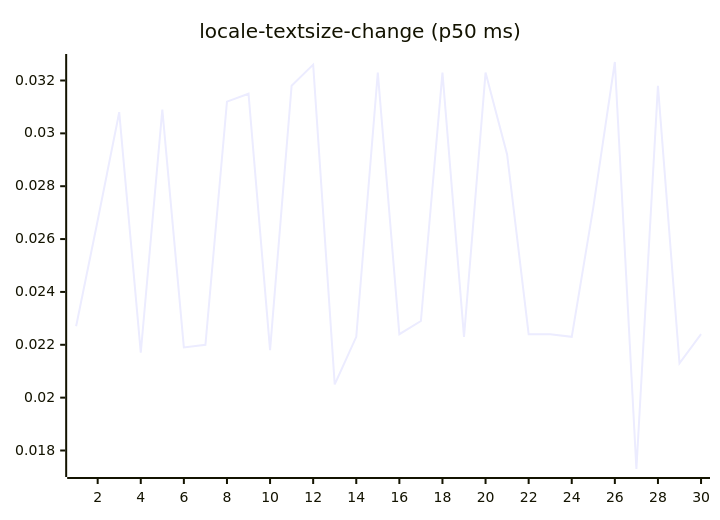
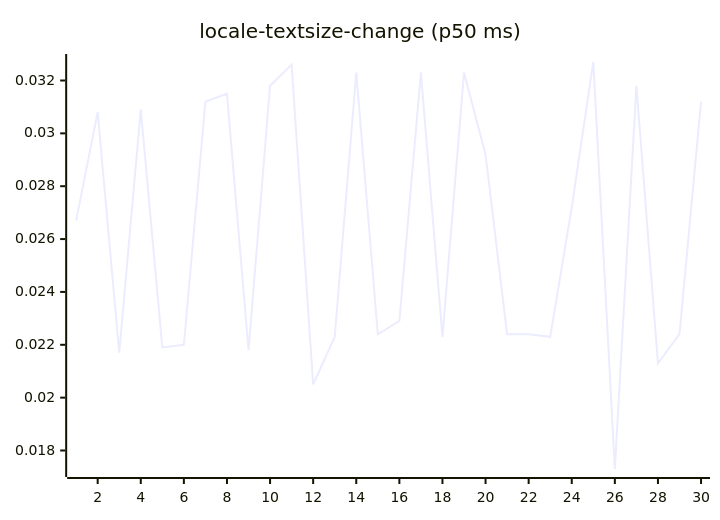
One commit to josha/Facet changed diagram 13 of 27 in README.md. Above: the diagram before and after it, drawn with Mermaid. The commit also changed other lines of this file and 2 other files, not shown here.

````diff
--- a/README.md
+++ b/README.md
@@ -147,6 +147,6 @@
 ```mermaid
 xychart-beta
     title "locale-textsize-change (p50 ms)"
     x-axis 1 --> 30
-    line [0.0227, 0.0267, 0.0308, 0.0217, 0.0309, 0.0219, 0.0220, 0.0312, 0.0315, 0.0218, 0.0318, 0.0326, 0.0205, 0.0223, 0.0323, 0.0224, 0.0229, 0.0323, 0.0223, 0.0323, 0.0292, 0.0224, 0.0224, 0.0223, 0.0272, 0.0327, 0.0173, 0.0318, 0.0213, 0.0224]
+    line [0.0267, 0.0308, 0.0217, 0.0309, 0.0219, 0.0220, 0.0312, 0.0315, 0.0218, 0.0318, 0.0326, 0.0205, 0.0223, 0.0323, 0.0224, 0.0229, 0.0323, 0.0223, 0.0323, 0.0292, 0.0224, 0.0224, 0.0223, 0.0272, 0.0327, 0.0173, 0.0318, 0.0213, 0.0224, 0.0312]
 ```
````
